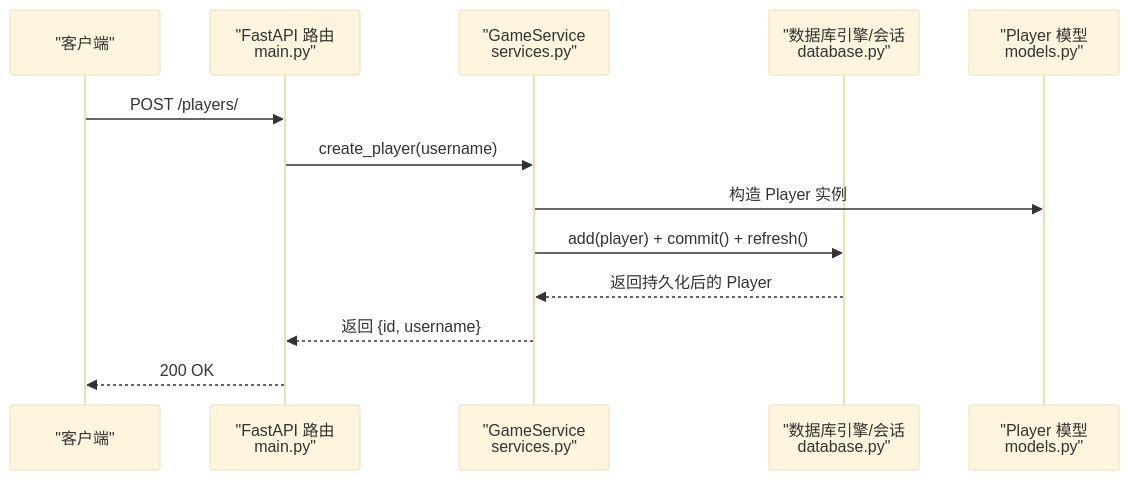
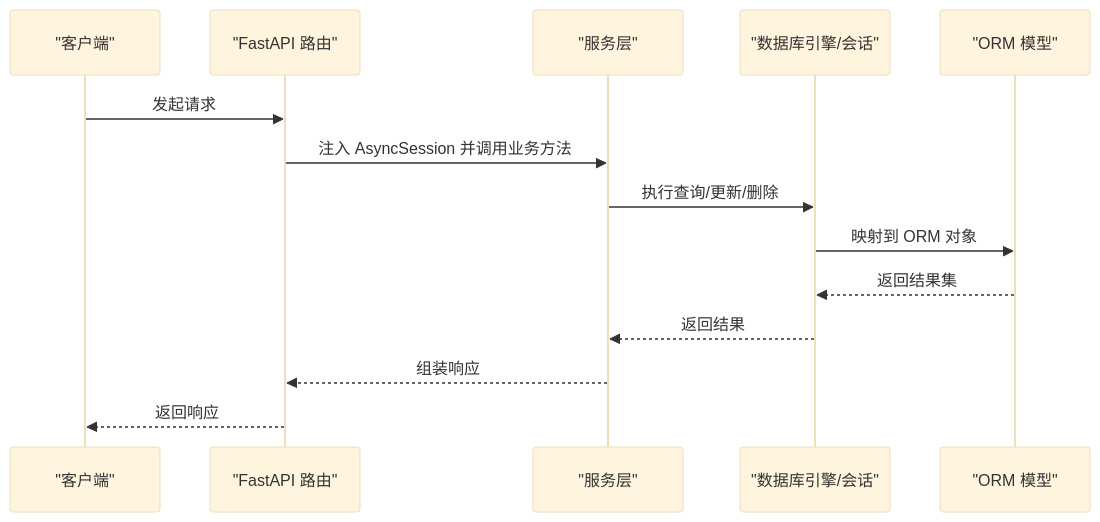
Before and after one commit to KunLabAI/KunFlix: the second of 7 diagrams in .qoder/repowiki/zh/content/数据库设计/数据库设计.md, drawn with Mermaid (base theme). The commit also changed other lines of this file and 275 other files, not shown here.

````diff
--- a/.qoder/repowiki/zh/content/数据库设计/数据库设计.md
+++ b/.qoder/repowiki/zh/content/数据库设计/数据库设计.md
@@ -333,15 +196,16 @@
 ```mermaid
 sequenceDiagram
 participant Client as "客户端"
-participant API as "FastAPI 路由<br/>main.py"
-participant Service as "GameService<br/>services.py"
-participant DB as "数据库引擎/会话<br/>database.py"
-participant Model as "Player 模型<br/>models.py"
-Client->>API : POST /players/
-API->>Service : create_player(username)
-Service->>Model : 构造 Player 实例
-Service->>DB : add(player) + commit() + refresh()
-DB-->>Service : 返回持久化后的 Player
-Service-->>API : 返回 {id, username}
-API-->>Client : 200 OK
+participant Router as "FastAPI 路由"
+participant Service as "服务层"
+participant DB as "数据库引擎/会话"
+participant Model as "ORM 模型"
+Client->>Router : 发起请求
+Router->>Service : 注入 AsyncSession 并调用业务方法
+Service->>DB : 执行查询/更新/删除
+DB->>Model : 映射到 ORM 对象
+Model-->>DB : 返回结果集
+DB-->>Service : 返回结果
+Service-->>Router : 组装响应
+Router-->>Client : 返回响应
 ```
````
